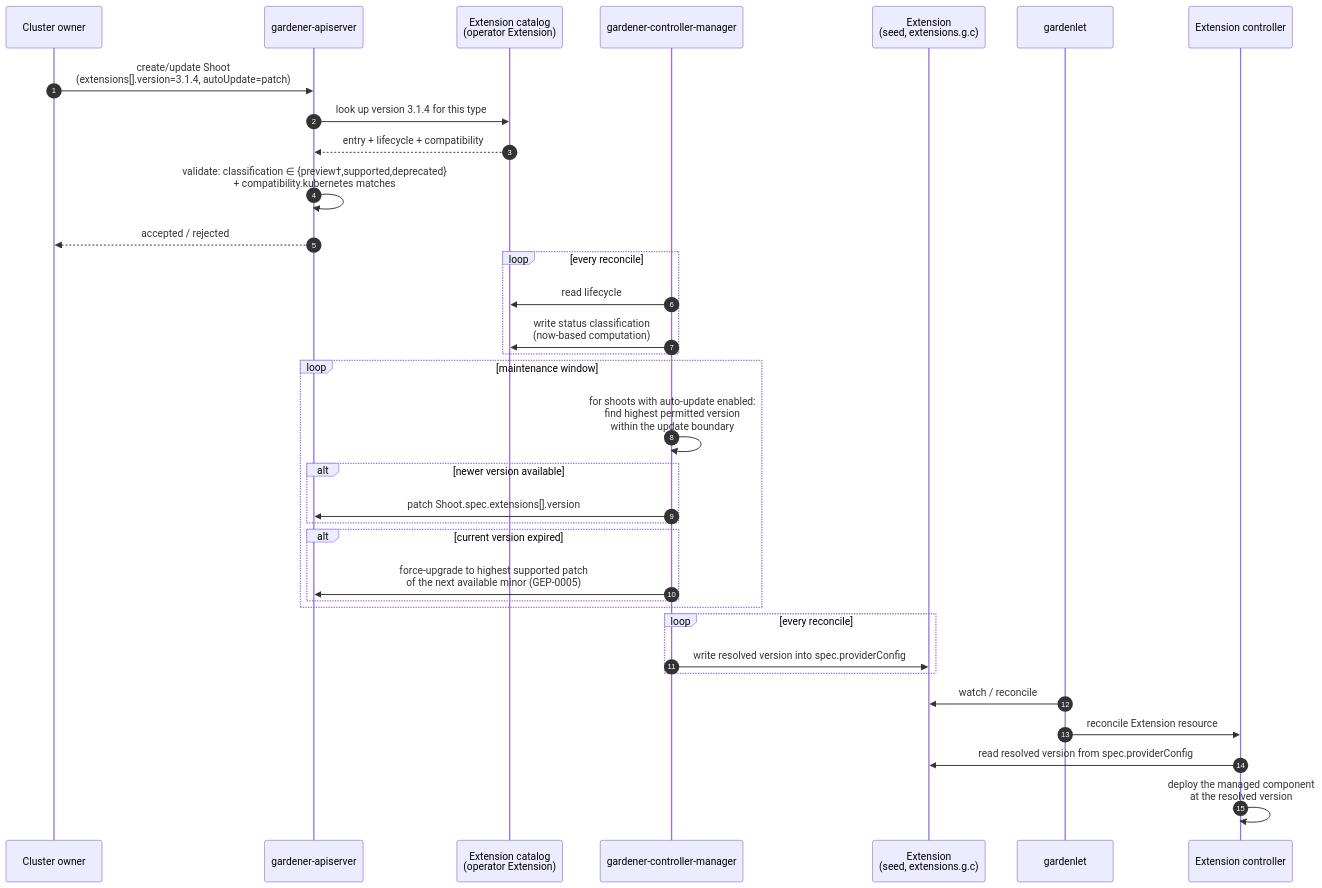
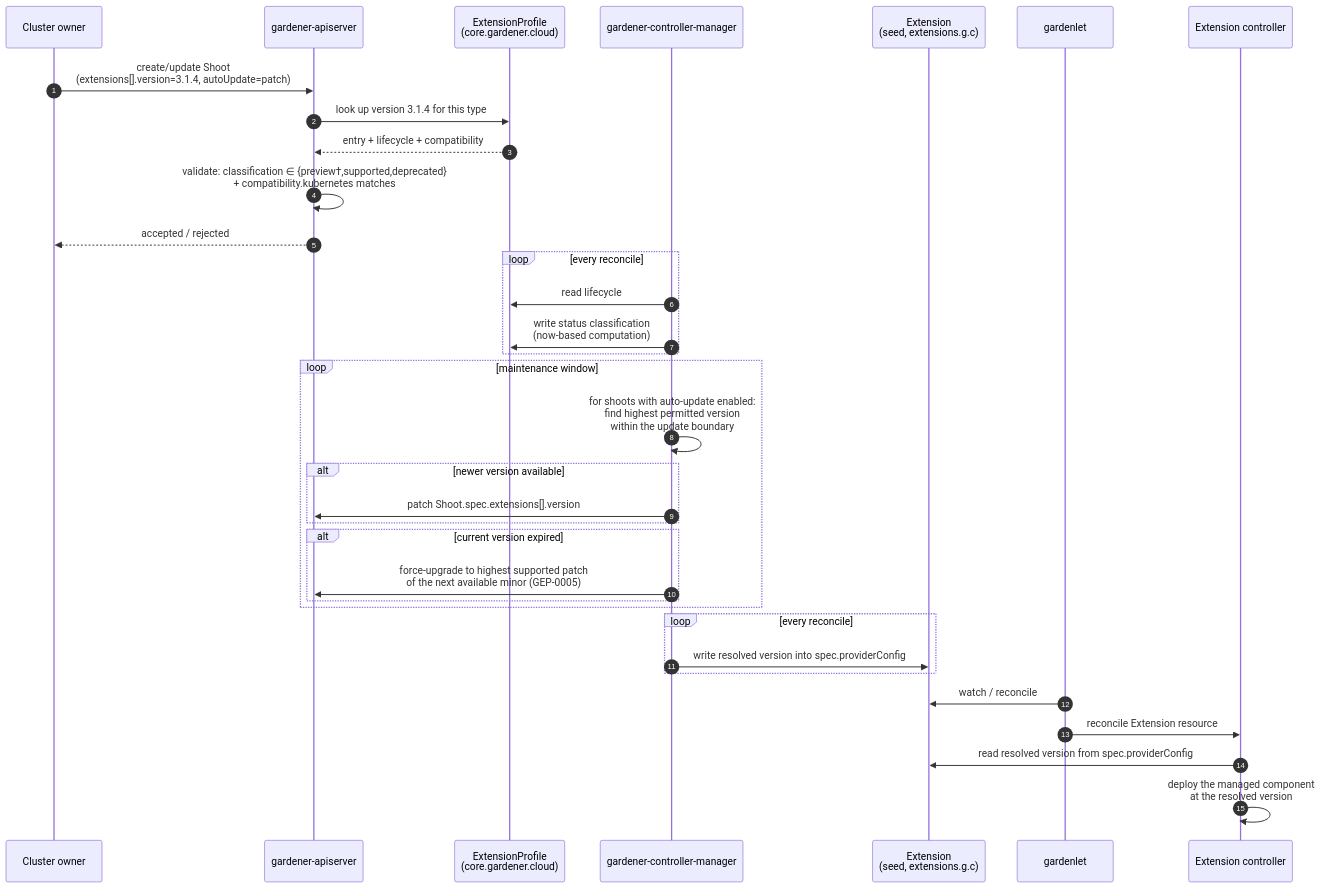
One commit to DockToFuture/enhancements changed the diagram in geps/0078-extension-profile/flow.mmd. Above: the diagram before and after it, drawn with Mermaid. The commit also changed 4 other files, not shown here.

Commit message:
add extension profile

```diff
--- a/geps/0078-extension-profile/flow.mmd
+++ b/geps/0078-extension-profile/flow.mmd
@@ -1,40 +1,40 @@
 %%{init: {'theme': 'default', 'themeVariables': {'background': '#ffffff'}}}%%
 sequenceDiagram
   autonumber
   participant Owner as Cluster owner
   participant API as gardener-apiserver
-  participant CAT as Extension catalog<br/>(operator Extension)
+  participant CAT as ExtensionProfile<br/>(core.gardener.cloud)
   participant GCM as gardener-controller-manager
   participant SEED as Extension<br/>(seed, extensions.g.c)
   participant GL as gardenlet
   participant EXT as Extension controller
 
   Owner->>API: create/update Shoot<br/>(extensions[].version=3.1.4, autoUpdate=patch)
   API->>CAT: look up version 3.1.4 for this type
   CAT-->>API: entry + lifecycle + compatibility
   API->>API: validate: classification ∈ {preview†,supported,deprecated}<br/>+ compatibility.kubernetes matches
   API-->>Owner: accepted / rejected
 
   loop every reconcile
     GCM->>CAT: read lifecycle
     GCM->>CAT: write status classification<br/>(now-based computation)
   end
 
   loop maintenance window
     GCM->>GCM: for shoots with auto-update enabled:<br/>find highest permitted version<br/>within the update boundary
     alt newer version available
       GCM->>API: patch Shoot.spec.extensions[].version
     end
     alt current version expired
       GCM->>API: force-upgrade to highest supported patch<br/>of the next available minor (GEP-0005)
     end
   end
 
   loop every reconcile
     GCM->>SEED: write resolved version into spec.providerConfig
   end
 
   GL->>SEED: watch / reconcile
   GL->>EXT: reconcile Extension resource
   EXT->>SEED: read resolved version from spec.providerConfig
   EXT->>EXT: deploy the managed component<br/>at the resolved version
```
